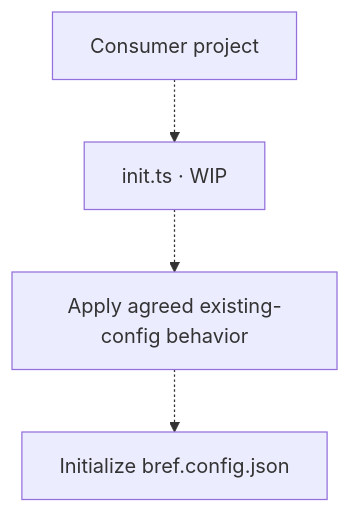
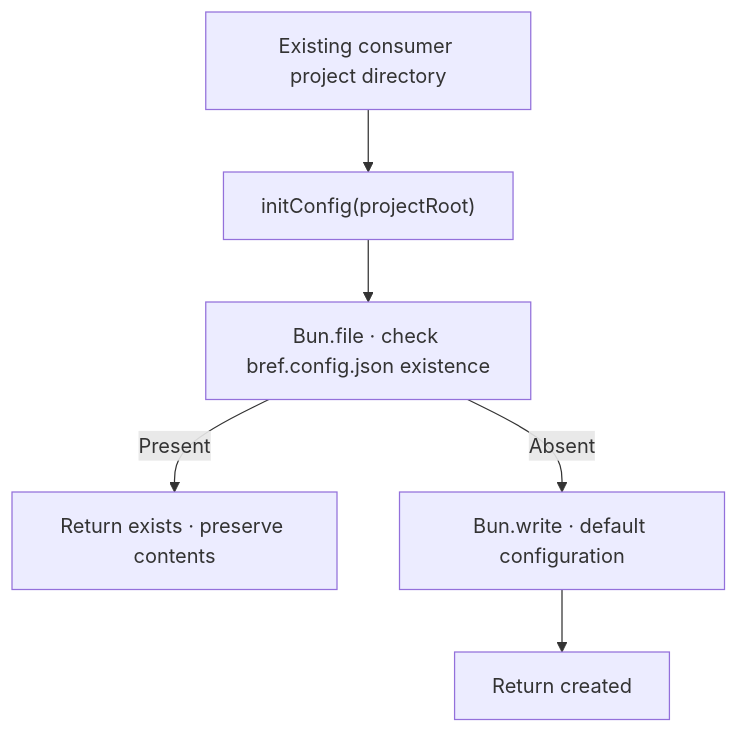
One commit to feuersteiner/bref-ui changed the second of 3 diagrams in cli/commands/README.md. Above: the diagram before and after it, drawn with Mermaid. The commit also changed other lines of this file and 2 other files, not shown here.

Commit message:
feat: update README and init command documentation; implement initConfig function

````diff
--- a/cli/commands/README.md
+++ b/cli/commands/README.md
@@ -27,6 +30,8 @@
 ```mermaid
 flowchart TD
-    project["Consumer project"] -.-> init["init.ts · WIP"]
-    init -.-> existing["Apply agreed existing-config behavior"]
-    existing -.-> config["Initialize bref.config.json"]
+    project["Existing consumer project directory"] --> init["initConfig(projectRoot)"]
+    init --> existing["Bun.file · check bref.config.json existence"]
+    existing -->|Present| preserve["Return exists · preserve contents"]
+    existing -->|Absent| config["Bun.write · default configuration"]
+    config --> created["Return created"]
 ```
````
